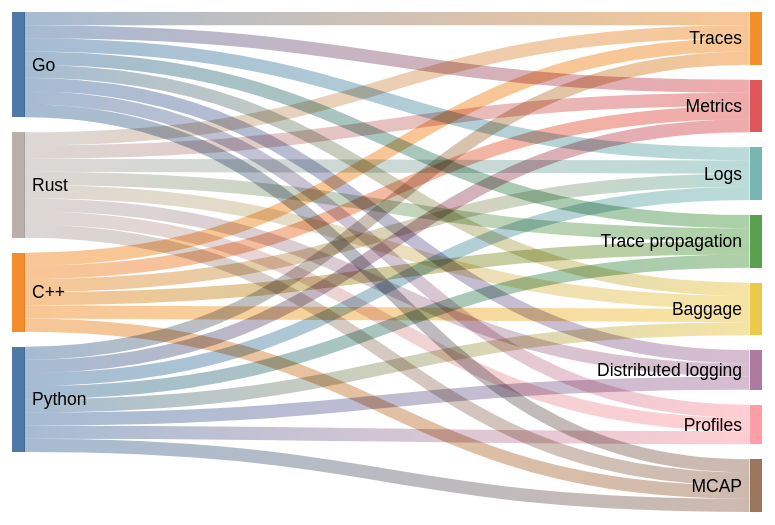
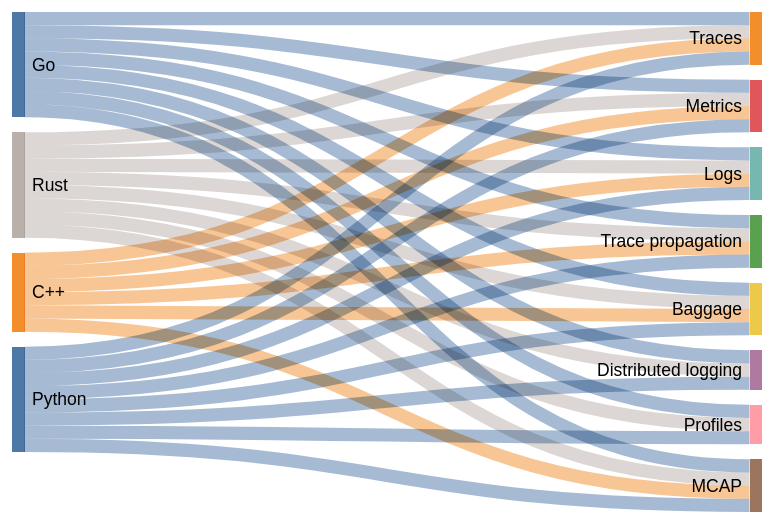
Before and after one commit to the-protobuf-project/telemetry: the second of 3 diagrams in README.md, drawn with Mermaid (forest theme).

Commit message:
feat: update sankey configuration with link color and node alignment options

````diff
--- a/README.md
+++ b/README.md
@@ -301,39 +301,41 @@
 ```mermaid
 ---
 config:
   sankey:
     showValues: false
+    linkColor: source
+    nodeAlignment: justify
 ---
 sankey-beta
 
 Go,Traces,1
 Go,Metrics,1
 Go,Logs,1
 Go,Trace propagation,1
 Go,Baggage,1
 Go,Distributed logging,1
 Go,Profiles,1
 Go,MCAP,1
 Rust,Traces,1
 Rust,Metrics,1
 Rust,Logs,1
 Rust,Trace propagation,1
 Rust,Baggage,1
 Rust,Distributed logging,1
 Rust,Profiles,1
 Rust,MCAP,1
 Python,Traces,1
 Python,Metrics,1
 Python,Logs,1
 Python,Trace propagation,1
 Python,Baggage,1
 Python,Distributed logging,1
 Python,Profiles,1
 Python,MCAP,1
 C++,Traces,1
 C++,Metrics,1
 C++,Logs,1
 C++,Trace propagation,1
 C++,Baggage,1
 C++,MCAP,1
 ```
````
